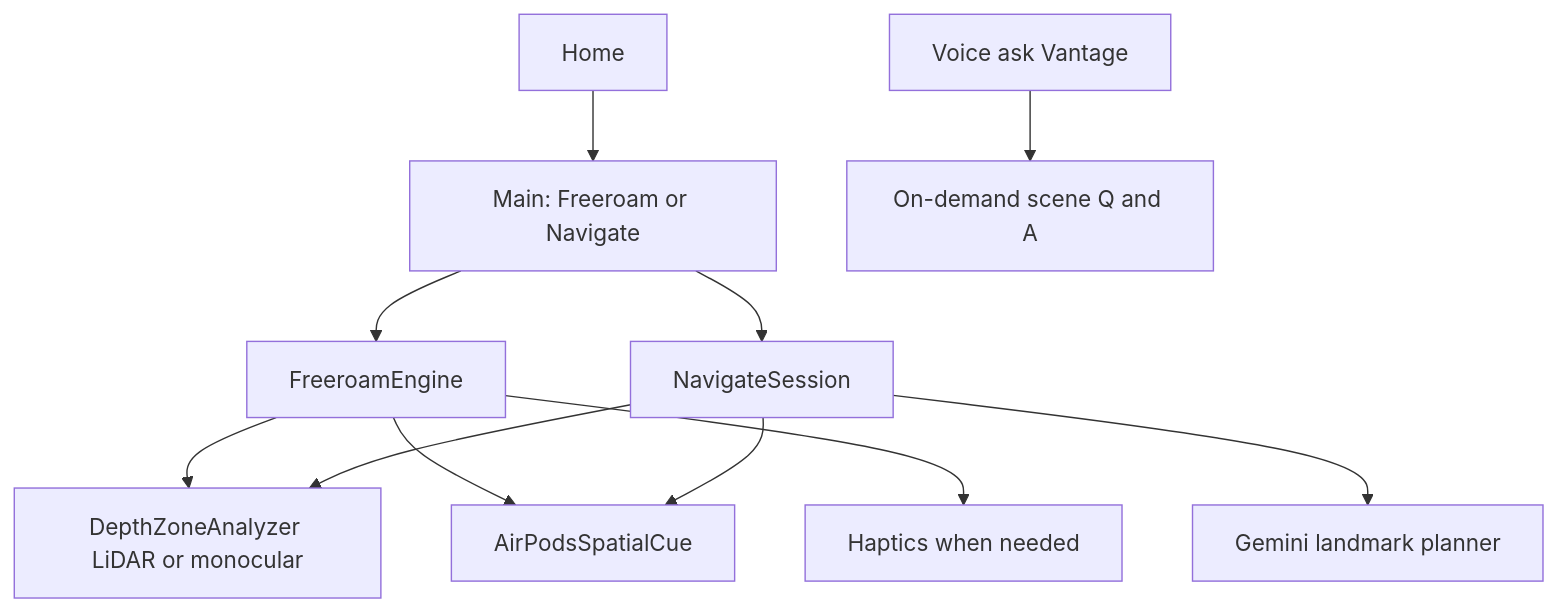
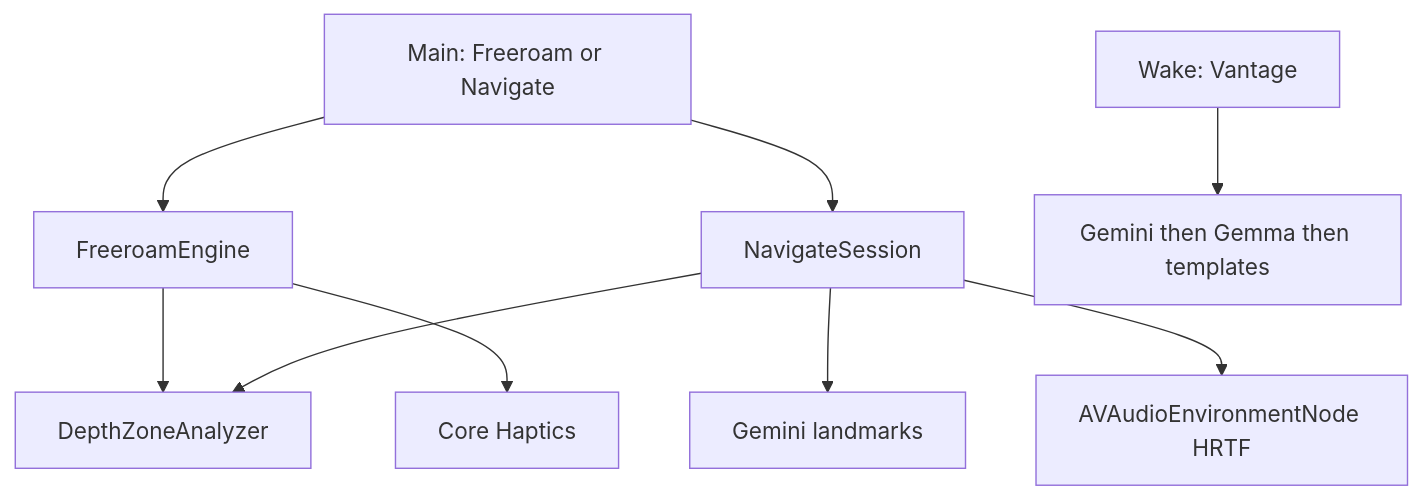
The diagram in PLAN.md (prathamwankhede/Vantage), drawn with Mermaid before and after one commit. The commit also changed other lines of this file and 3 other files, not shown here.

````diff
--- a/PLAN.md
+++ b/PLAN.md
@@ -13,13 +11,11 @@
 ```mermaid
 flowchart TD
-  Home[Home] --> Main[Main: Freeroam or Navigate]
-  Main --> Freeroam[FreeroamEngine]
+  Main[Main: Freeroam or Navigate] --> Freeroam[FreeroamEngine]
   Main --> Navigate[NavigateSession]
-  Freeroam --> Depth[DepthZoneAnalyzer LiDAR or monocular]
-  Freeroam --> Spatial[AirPodsSpatialCue]
-  Freeroam --> Haptics[Haptics when needed]
-  Navigate --> Gemini[Gemini landmark planner]
-  Navigate --> Spatial
+  Freeroam --> Depth[DepthZoneAnalyzer]
+  Freeroam --> Haptics[Core Haptics]
+  Navigate --> Gemini[Gemini landmarks]
+  Navigate --> HRTF[AVAudioEnvironmentNode HRTF]
   Navigate --> Depth
-  Ask[Voice ask Vantage] --> SceneAI[On-demand scene Q and A]
+  Ask[Wake: Vantage] --> SceneAI[Gemini then Gemma then templates]
 ```
````
